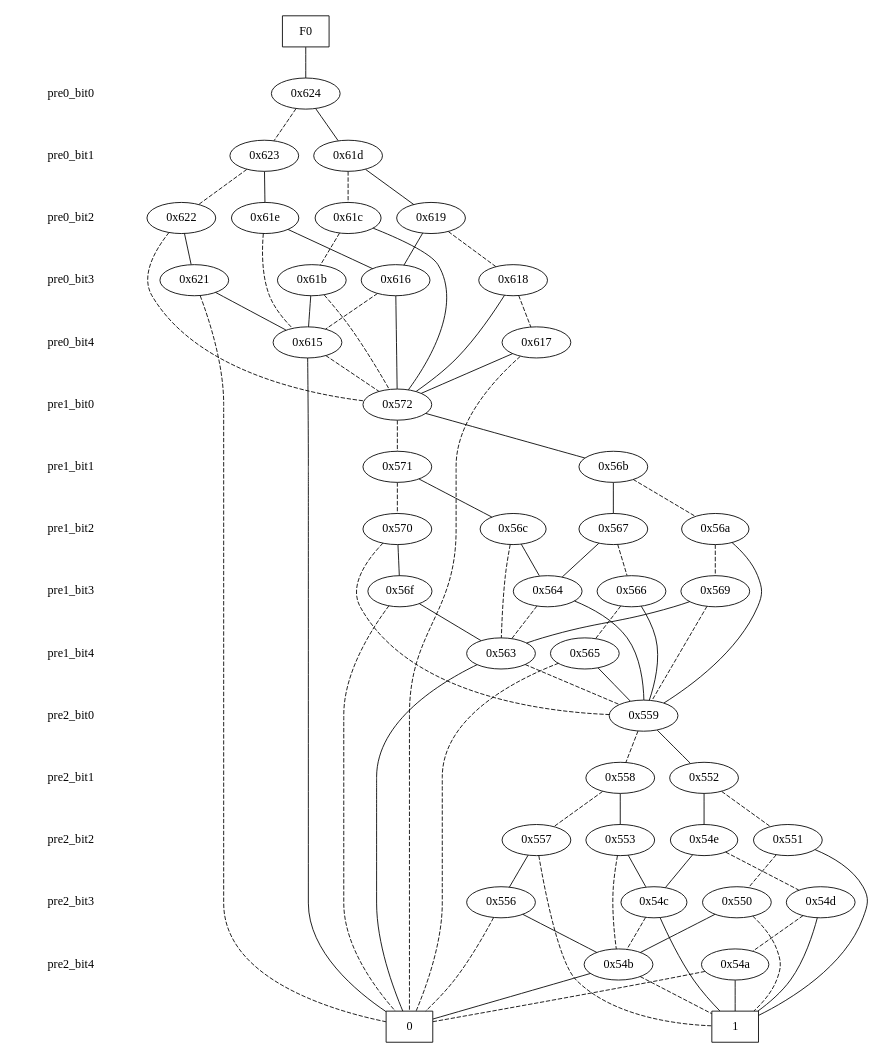
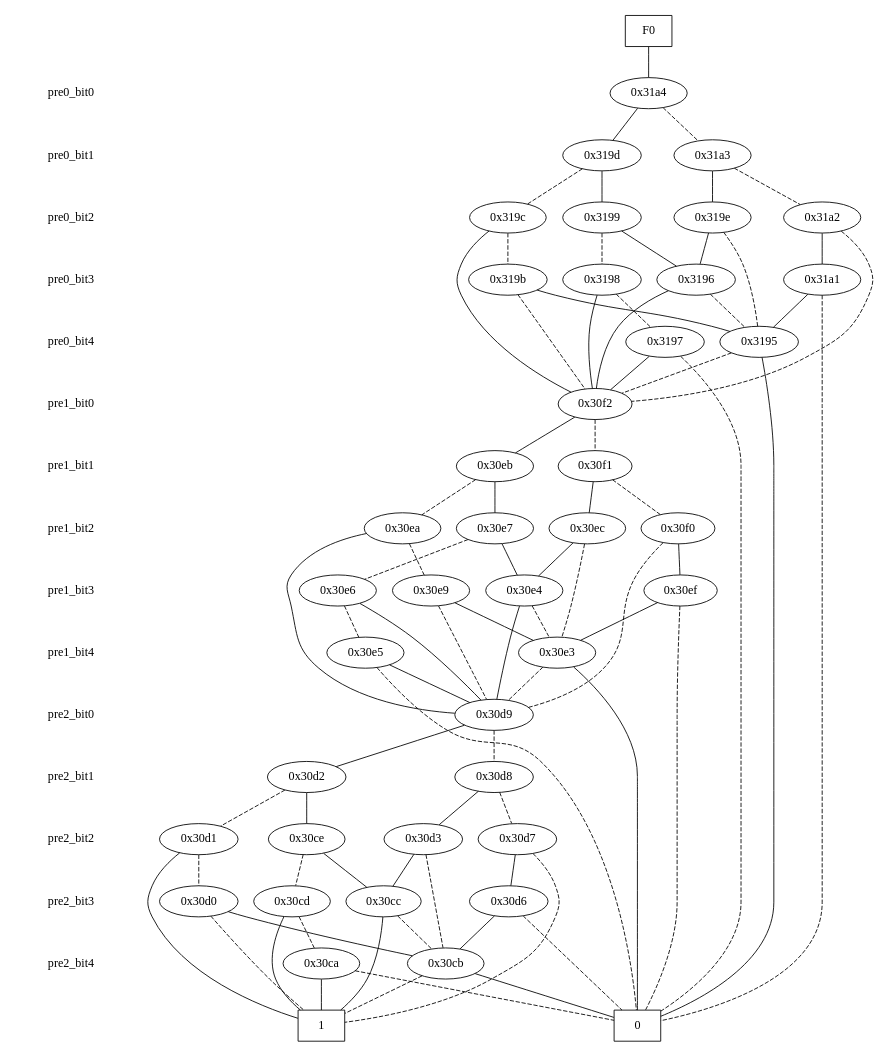
Before and after one commit to galvusdamor/downward-hm: the diagram in state_copy.dot, drawn with Graphviz. The commit also changed 4 other files, not shown here.

```diff
--- a/state_copy.dot
+++ b/state_copy.dot
@@ -1,167 +1,167 @@
 digraph "DD" {
 size = "7.5,10"
 center = true;
 edge [dir = none];
 { node [shape = plaintext];
   edge [style = invis];
   "CONST NODES" [style = invis];
 " pre0_bit0 " -> " pre0_bit1 " -> " pre0_bit2 " -> " pre0_bit3 " -> " pre0_bit4 " -> " pre1_bit0 " -> " pre1_bit1 " -> " pre1_bit2 " -> " pre1_bit3 " -> " pre1_bit4 " -> " pre2_bit0 " -> " pre2_bit1 " -> " pre2_bit2 " -> " pre2_bit3 " -> " pre2_bit4 " -> "CONST NODES"; 
 }
 { rank = same; node [shape = box]; edge [style = invis];
 "F0"; }
 { rank = same; " pre0_bit0 ";
-"0x624";
+"0x31a4";
 }
 { rank = same; " pre0_bit1 ";
-"0x61d";
-"0x623";
+"0x31a3";
+"0x319d";
 }
 { rank = same; " pre0_bit2 ";
-"0x61c";
-"0x61e";
-"0x619";
-"0x622";
+"0x31a2";
+"0x319c";
+"0x319e";
+"0x3199";
 }
 { rank = same; " pre0_bit3 ";
-"0x616";
-"0x618";
-"0x621";
-"0x61b";
+"0x319b";
+"0x3196";
+"0x3198";
+"0x31a1";
 }
 { rank = same; " pre0_bit4 ";
-"0x615";
-"0x617";
+"0x3197";
+"0x3195";
 }
 { rank = same; " pre1_bit0 ";
-"0x572";
+"0x30f2";
 }
 { rank = same; " pre1_bit1 ";
-"0x56b";
-"0x571";
+"0x30f1";
+"0x30eb";
 }
 { rank = same; " pre1_bit2 ";
-"0x56c";
-"0x567";
-"0x570";
-"0x56a";
+"0x30f0";
+"0x30ea";
+"0x30ec";
+"0x30e7";
 }
 { rank = same; " pre1_bit3 ";
-"0x56f";
-"0x569";
-"0x564";
-"0x566";
+"0x30e9";
+"0x30e4";
+"0x30e6";
+"0x30ef";
 }
 { rank = same; " pre1_bit4 ";
-"0x565";
-"0x563";
+"0x30e3";
+"0x30e5";
 }
 { rank = same; " pre2_bit0 ";
-"0x559";
+"0x30d9";
 }
 { rank = same; " pre2_bit1 ";
-"0x558";
-"0x552";
+"0x30d2";
+"0x30d8";
 }
 { rank = same; " pre2_bit2 ";
-"0x553";
-"0x557";
-"0x54e";
-"0x551";
+"0x30d3";
+"0x30d7";
+"0x30ce";
+"0x30d1";
 }
 { rank = same; " pre2_bit3 ";
-"0x556";
-"0x54d";
-"0x54c";
-"0x550";
+"0x30cd";
+"0x30cc";
+"0x30d0";
+"0x30d6";
 }
 { rank = same; " pre2_bit4 ";
-"0x54b";
-"0x54a";
+"0x30ca";
+"0x30cb";
 }
 { rank = same; "CONST NODES";
-{ node [shape = box]; "0x17a";
-"0x179";
+{ node [shape = box]; "0x2cfa";
+"0x2cf9";
 }
 }
-"F0" -> "0x624" [style = solid];
-"0x624" -> "0x61d";
-"0x624" -> "0x623" [style = dashed];
-"0x61d" -> "0x619";
-"0x61d" -> "0x61c" [style = dashed];
-"0x623" -> "0x61e";
-"0x623" -> "0x622" [style = dashed];
-"0x61c" -> "0x572";
-"0x61c" -> "0x61b" [style = dashed];
-"0x61e" -> "0x616";
-"0x61e" -> "0x615" [style = dashed];
-"0x619" -> "0x616";
-"0x619" -> "0x618" [style = dashed];
-"0x622" -> "0x621";
-"0x622" -> "0x572" [style = dashed];
-"0x616" -> "0x572";
-"0x616" -> "0x615" [style = dashed];
-"0x618" -> "0x572";
-"0x618" -> "0x617" [style = dashed];
-"0x621" -> "0x615";
-"0x621" -> "0x17a" [style = dashed];
-"0x61b" -> "0x615";
-"0x61b" -> "0x572" [style = dashed];
-"0x615" -> "0x17a";
-"0x615" -> "0x572" [style = dashed];
-"0x617" -> "0x572";
-"0x617" -> "0x17a" [style = dashed];
-"0x572" -> "0x56b";
-"0x572" -> "0x571" [style = dashed];
-"0x56b" -> "0x567";
-"0x56b" -> "0x56a" [style = dashed];
-"0x571" -> "0x56c";
-"0x571" -> "0x570" [style = dashed];
-"0x56c" -> "0x564";
-"0x56c" -> "0x563" [style = dashed];
-"0x567" -> "0x564";
-"0x567" -> "0x566" [style = dashed];
-"0x570" -> "0x56f";
-"0x570" -> "0x559" [style = dashed];
-"0x56a" -> "0x559";
-"0x56a" -> "0x569" [style = dashed];
-"0x56f" -> "0x563";
-"0x56f" -> "0x17a" [style = dashed];
-"0x569" -> "0x563";
-"0x569" -> "0x559" [style = dashed];
-"0x564" -> "0x559";
-"0x564" -> "0x563" [style = dashed];
-"0x566" -> "0x559";
-"0x566" -> "0x565" [style = dashed];
-"0x565" -> "0x559";
-"0x565" -> "0x17a" [style = dashed];
-"0x563" -> "0x17a";
-"0x563" -> "0x559" [style = dashed];
-"0x559" -> "0x552";
-"0x559" -> "0x558" [style = dashed];
-"0x558" -> "0x553";
-"0x558" -> "0x557" [style = dashed];
-"0x552" -> "0x54e";
-"0x552" -> "0x551" [style = dashed];
-"0x553" -> "0x54c";
-"0x553" -> "0x54b" [style = dashed];
-"0x557" -> "0x556";
-"0x557" -> "0x179" [style = dashed];
-"0x54e" -> "0x54c";
-"0x54e" -> "0x54d" [style = dashed];
-"0x551" -> "0x179";
-"0x551" -> "0x550" [style = dashed];
-"0x556" -> "0x54b";
-"0x556" -> "0x17a" [style = dashed];
-"0x54d" -> "0x179";
-"0x54d" -> "0x54a" [style = dashed];
-"0x54c" -> "0x179";
-"0x54c" -> "0x54b" [style = dashed];
-"0x550" -> "0x54b";
-"0x550" -> "0x179" [style = dashed];
-"0x54b" -> "0x17a";
-"0x54b" -> "0x179" [style = dashed];
-"0x54a" -> "0x179";
-"0x54a" -> "0x17a" [style = dashed];
-"0x17a" [label = "0"];
-"0x179" [label = "1"];
+"F0" -> "0x31a4" [style = solid];
+"0x31a4" -> "0x319d";
+"0x31a4" -> "0x31a3" [style = dashed];
+"0x31a3" -> "0x319e";
+"0x31a3" -> "0x31a2" [style = dashed];
+"0x319d" -> "0x3199";
+"0x319d" -> "0x319c" [style = dashed];
+"0x31a2" -> "0x31a1";
+"0x31a2" -> "0x30f2" [style = dashed];
+"0x319c" -> "0x30f2";
+"0x319c" -> "0x319b" [style = dashed];
+"0x319e" -> "0x3196";
+"0x319e" -> "0x3195" [style = dashed];
+"0x3199" -> "0x3196";
+"0x3199" -> "0x3198" [style = dashed];
+"0x319b" -> "0x3195";
+"0x319b" -> "0x30f2" [style = dashed];
+"0x3196" -> "0x30f2";
+"0x3196" -> "0x3195" [style = dashed];
+"0x3198" -> "0x30f2";
+"0x3198" -> "0x3197" [style = dashed];
+"0x31a1" -> "0x3195";
+"0x31a1" -> "0x2cfa" [style = dashed];
+"0x3197" -> "0x30f2";
+"0x3197" -> "0x2cfa" [style = dashed];
+"0x3195" -> "0x2cfa";
+"0x3195" -> "0x30f2" [style = dashed];
+"0x30f2" -> "0x30eb";
+"0x30f2" -> "0x30f1" [style = dashed];
+"0x30f1" -> "0x30ec";
+"0x30f1" -> "0x30f0" [style = dashed];
+"0x30eb" -> "0x30e7";
+"0x30eb" -> "0x30ea" [style = dashed];
+"0x30f0" -> "0x30ef";
+"0x30f0" -> "0x30d9" [style = dashed];
+"0x30ea" -> "0x30d9";
+"0x30ea" -> "0x30e9" [style = dashed];
+"0x30ec" -> "0x30e4";
+"0x30ec" -> "0x30e3" [style = dashed];
+"0x30e7" -> "0x30e4";
+"0x30e7" -> "0x30e6" [style = dashed];
+"0x30e9" -> "0x30e3";
+"0x30e9" -> "0x30d9" [style = dashed];
+"0x30e4" -> "0x30d9";
+"0x30e4" -> "0x30e3" [style = dashed];
+"0x30e6" -> "0x30d9";
+"0x30e6" -> "0x30e5" [style = dashed];
+"0x30ef" -> "0x30e3";
+"0x30ef" -> "0x2cfa" [style = dashed];
+"0x30e3" -> "0x2cfa";
+"0x30e3" -> "0x30d9" [style = dashed];
+"0x30e5" -> "0x30d9";
+"0x30e5" -> "0x2cfa" [style = dashed];
+"0x30d9" -> "0x30d2";
+"0x30d9" -> "0x30d8" [style = dashed];
+"0x30d2" -> "0x30ce";
+"0x30d2" -> "0x30d1" [style = dashed];
+"0x30d8" -> "0x30d3";
+"0x30d8" -> "0x30d7" [style = dashed];
+"0x30d3" -> "0x30cc";
+"0x30d3" -> "0x30cb" [style = dashed];
+"0x30d7" -> "0x30d6";
+"0x30d7" -> "0x2cf9" [style = dashed];
+"0x30ce" -> "0x30cc";
+"0x30ce" -> "0x30cd" [style = dashed];
+"0x30d1" -> "0x2cf9";
+"0x30d1" -> "0x30d0" [style = dashed];
+"0x30cd" -> "0x2cf9";
+"0x30cd" -> "0x30ca" [style = dashed];
+"0x30cc" -> "0x2cf9";
+"0x30cc" -> "0x30cb" [style = dashed];
+"0x30d0" -> "0x30cb";
+"0x30d0" -> "0x2cf9" [style = dashed];
+"0x30d6" -> "0x30cb";
+"0x30d6" -> "0x2cfa" [style = dashed];
+"0x30ca" -> "0x2cf9";
+"0x30ca" -> "0x2cfa" [style = dashed];
+"0x30cb" -> "0x2cfa";
+"0x30cb" -> "0x2cf9" [style = dashed];
+"0x2cfa" [label = "0"];
+"0x2cf9" [label = "1"];
 }
```
